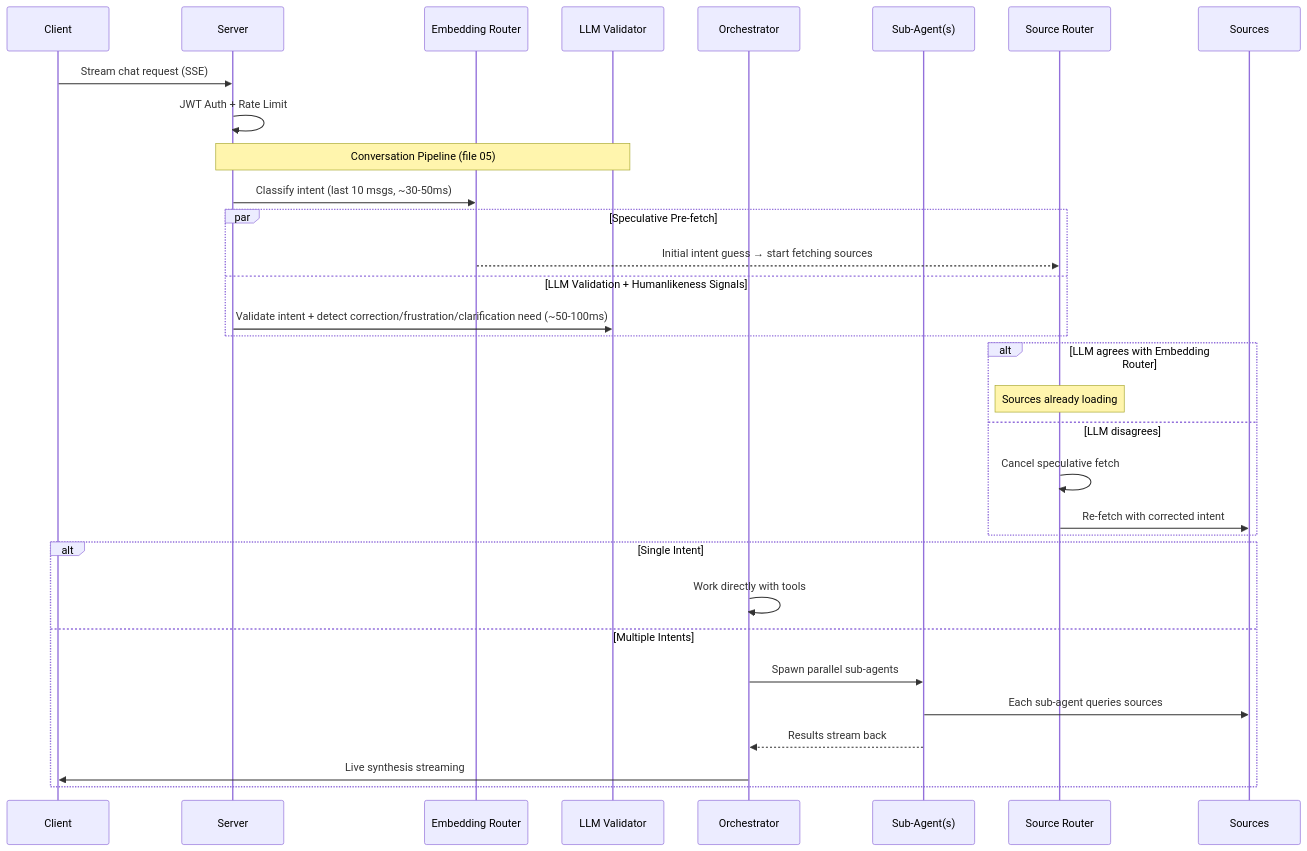
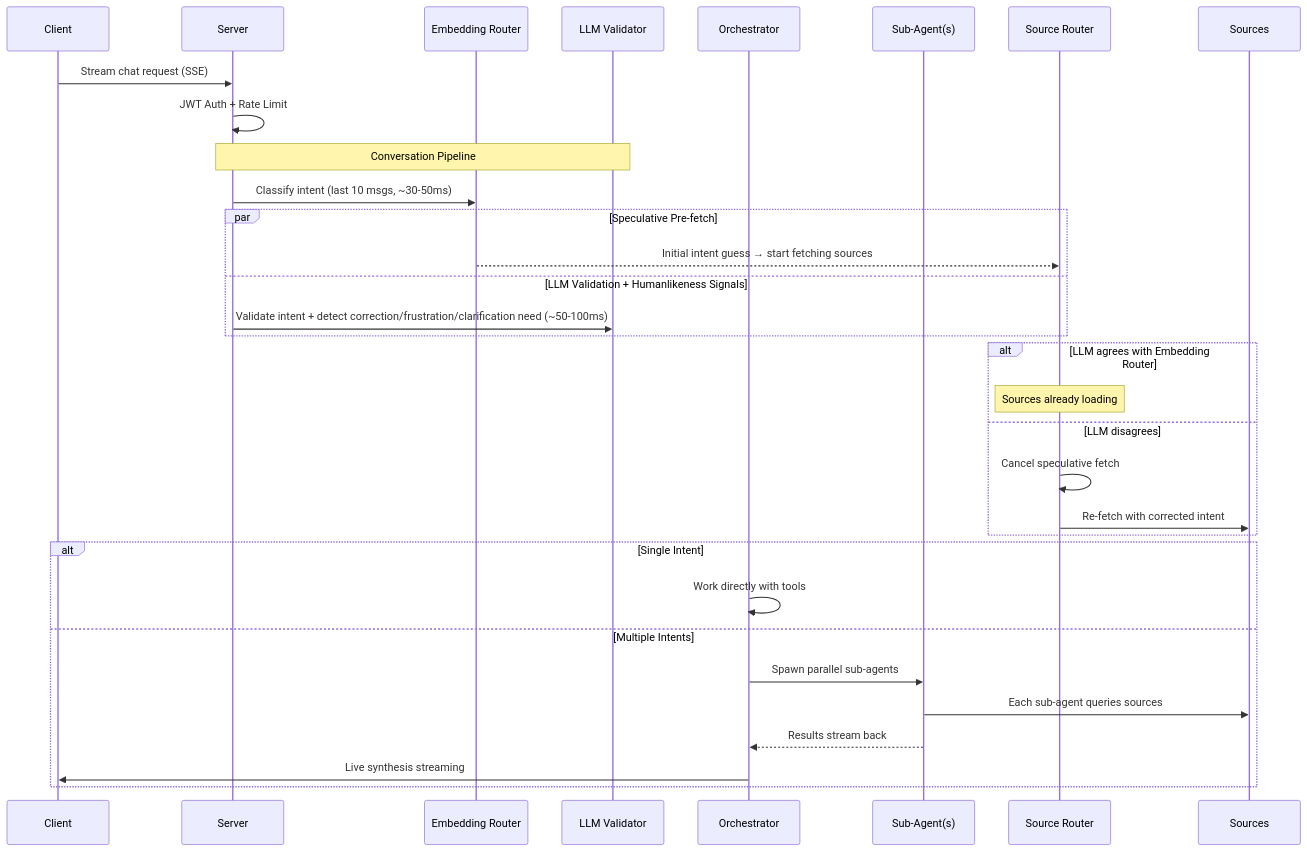
Before and after one commit to 1qh/safeagent: the second of 3 diagrams in plan/overview.md, drawn with Mermaid. The commit also changed other lines of this file and 9 other files, not shown here.

````diff
--- a/plan/overview.md
+++ b/plan/overview.md
@@ -102,39 +102,39 @@
 ```mermaid
 sequenceDiagram
     participant C as Client
     participant S as Server
     participant ER as Embedding Router
     participant LLM as LLM Validator
     participant OR as Orchestrator
     participant SA as Sub-Agent(s)
     participant SR as Source Router
     participant SRC as Sources
 
     C->>S: Stream chat request (SSE)
     S->>S: JWT Auth + Rate Limit
 
-    Note over S,LLM: Conversation Pipeline (file 05)
+    Note over S,LLM: Conversation Pipeline
     S->>ER: Classify intent (last 10 msgs, ~30-50ms)
 
     par Speculative Pre-fetch
         ER-->>SR: Initial intent guess → start fetching sources
     and LLM Validation + Humanlikeness Signals
         S->>LLM: Validate intent + detect correction/frustration/clarification need (~50-100ms)
     end
 
     alt LLM agrees with Embedding Router
         Note over SR: Sources already loading
     else LLM disagrees
         SR->>SR: Cancel speculative fetch
         SR->>SRC: Re-fetch with corrected intent
     end
 
     alt Single Intent
         OR->>OR: Work directly with tools
     else Multiple Intents
         OR->>SA: Spawn parallel sub-agents
         SA->>SRC: Each sub-agent queries sources
         SA-->>OR: Results stream back
         OR->>C: Live synthesis streaming
     end
 ```
````
